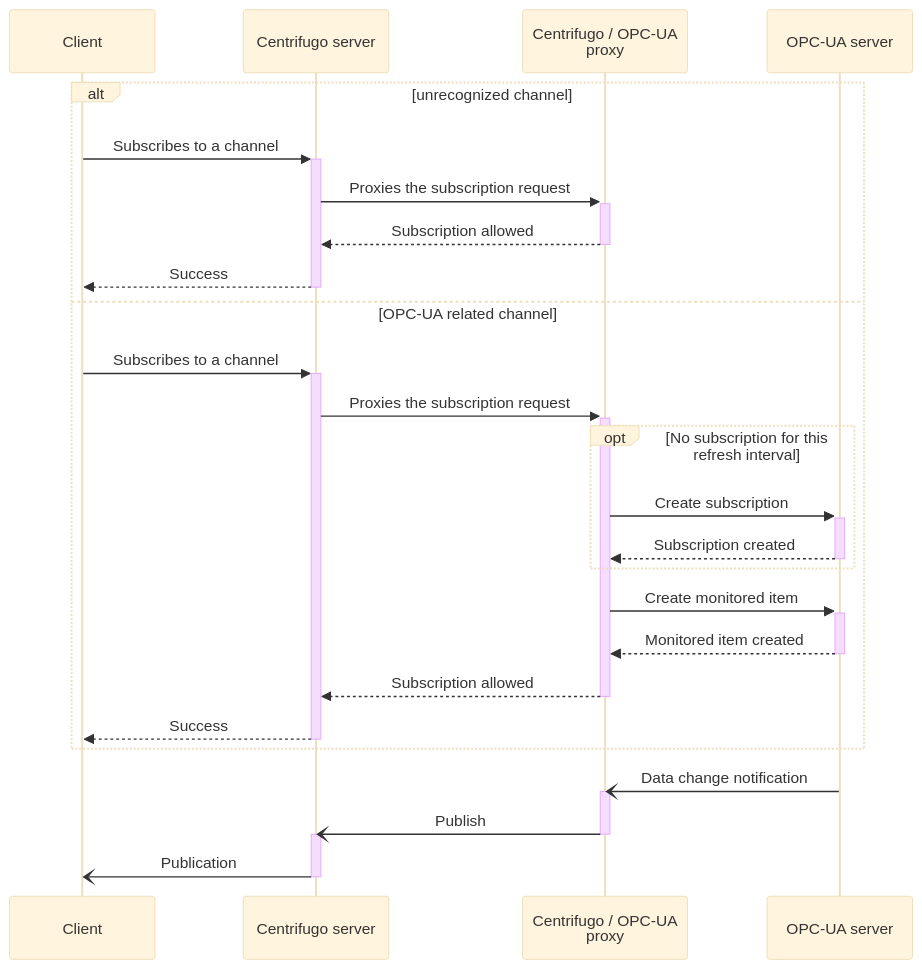
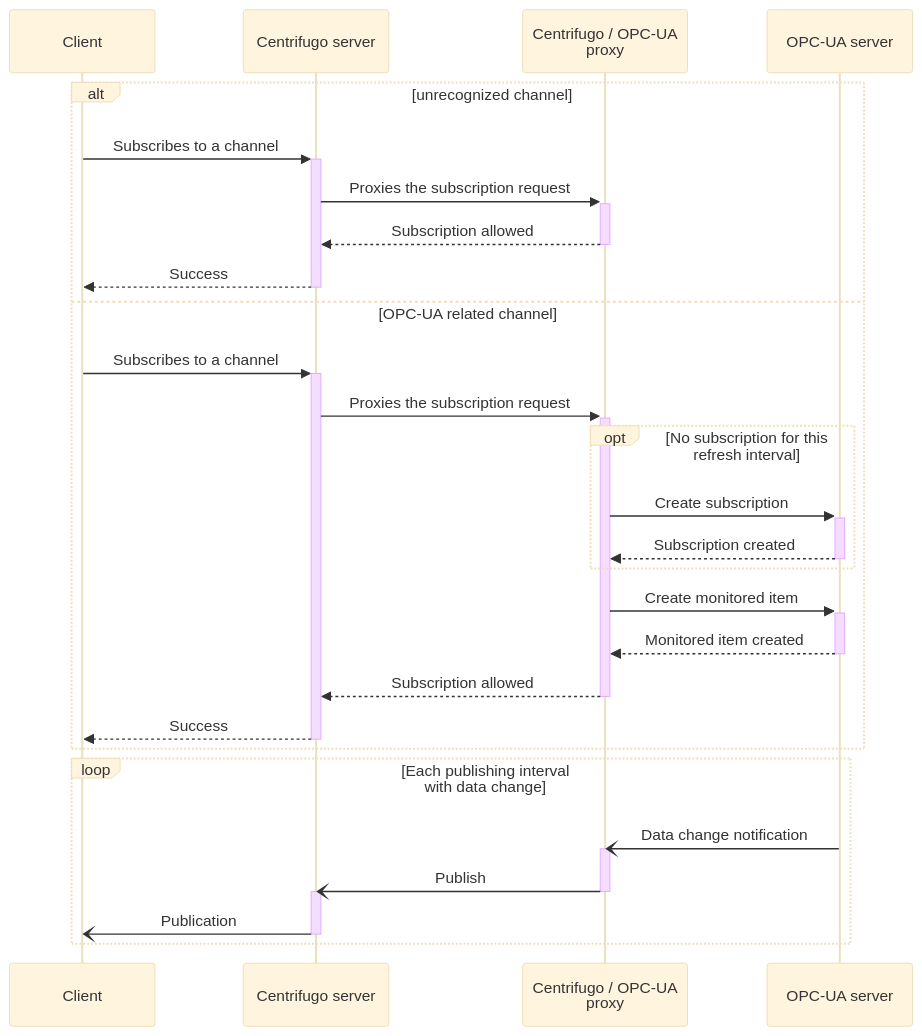
The diagram in README.md (cailloumajor/opcua-proxy), drawn with Mermaid (base theme) before and after one commit. The commit also changed other lines of this file and 20 other files, not shown here.

````diff
--- a/README.md
+++ b/README.md
@@ -31,31 +45,33 @@
 ```mermaid
 sequenceDiagram
     participant Client
     participant Centrifugo as Centrifugo server
     participant Proxy as Centrifugo / OPC-UA<br>proxy
     participant OPCServer as OPC-UA server
     alt unrecognized channel
         Client->>+Centrifugo: Subscribes to a channel
         Centrifugo->>+Proxy: Proxies the subscription request
         Proxy-->>-Centrifugo: Subscription allowed
         Centrifugo-->>-Client: Success
     else OPC-UA related channel
         Client->>+Centrifugo: Subscribes to a channel
         Centrifugo->>+Proxy: Proxies the subscription request
         opt No subscription for this refresh interval
             Proxy->>+OPCServer: Create subscription
             OPCServer-->>-Proxy: Subscription created
         end
         Proxy->>+OPCServer: Create monitored item
         OPCServer-->>-Proxy: Monitored item created
         Proxy-->>-Centrifugo: Subscription allowed
         Centrifugo-->>-Client: Success
     end
-    OPCServer-)Proxy: Data change notification
-    activate Proxy
-    Proxy-)Centrifugo: Publish
-    deactivate Proxy
-    activate Centrifugo
-    Centrifugo-)Client: Publication
-    deactivate Centrifugo
+    loop Each publishing interval with data change
+        OPCServer-)Proxy: Data change notification
+        activate Proxy
+        Proxy-)Centrifugo: Publish
+        deactivate Proxy
+        activate Centrifugo
+        Centrifugo-)Client: Publication
+        deactivate Centrifugo
+    end
 ```
````
